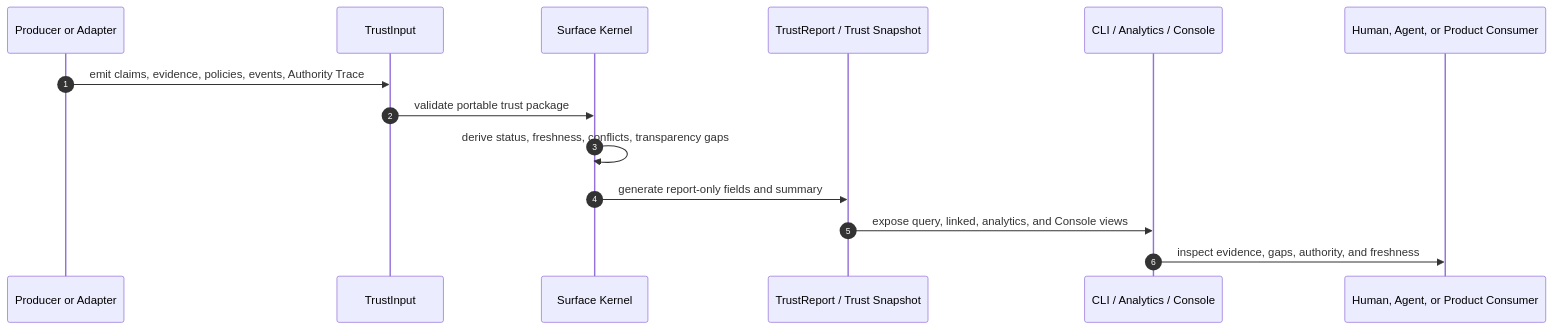
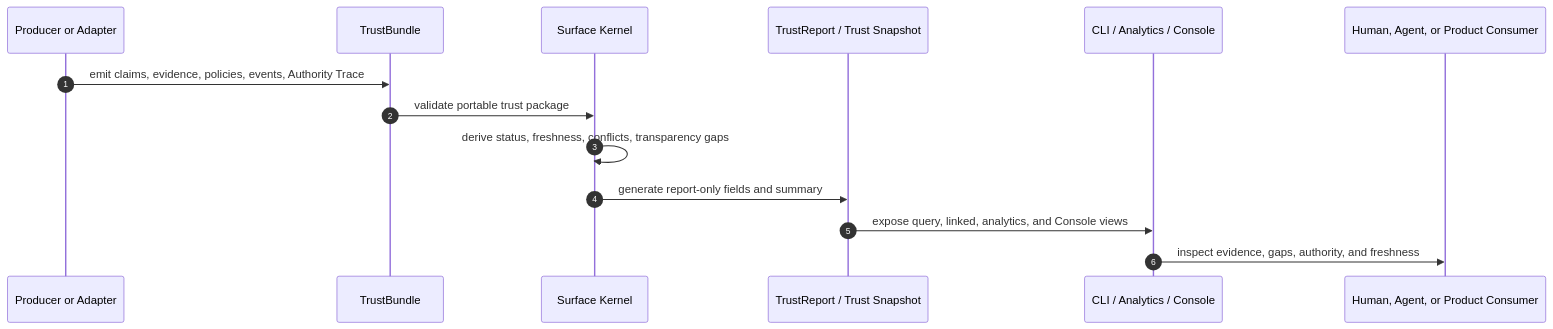
One commit to kontourai/surface changed the second of 3 diagrams in docs/architecture/developer-architecture.md. Above: the diagram before and after it, drawn with Mermaid. The commit also changed other lines of this file and 71 other files, not shown here.

First line of the commit message:
Trust Bundle: hard rename of TrustInput + Inquiry primitive (ADR 0002/0003)

````diff
--- a/docs/architecture/developer-architecture.md
+++ b/docs/architecture/developer-architecture.md
@@ -64,17 +64,17 @@
 ```mermaid
 sequenceDiagram
   autonumber
   participant Producer as Producer or Adapter
-  participant Input as TrustInput
+  participant Input as TrustBundle
   participant Kernel as Surface Kernel
   participant Report as TrustReport / Trust Snapshot
   participant Projection as CLI / Analytics / Console
   participant Consumer as Human, Agent, or Product Consumer
 
   Producer->>Input: emit claims, evidence, policies, events, Authority Trace
   Input->>Kernel: validate portable trust package
   Kernel->>Kernel: derive status, freshness, conflicts, transparency gaps
   Kernel->>Report: generate report-only fields and summary
   Report->>Projection: expose query, linked, analytics, and Console views
   Projection->>Consumer: inspect evidence, gaps, authority, and freshness
 ```
````
